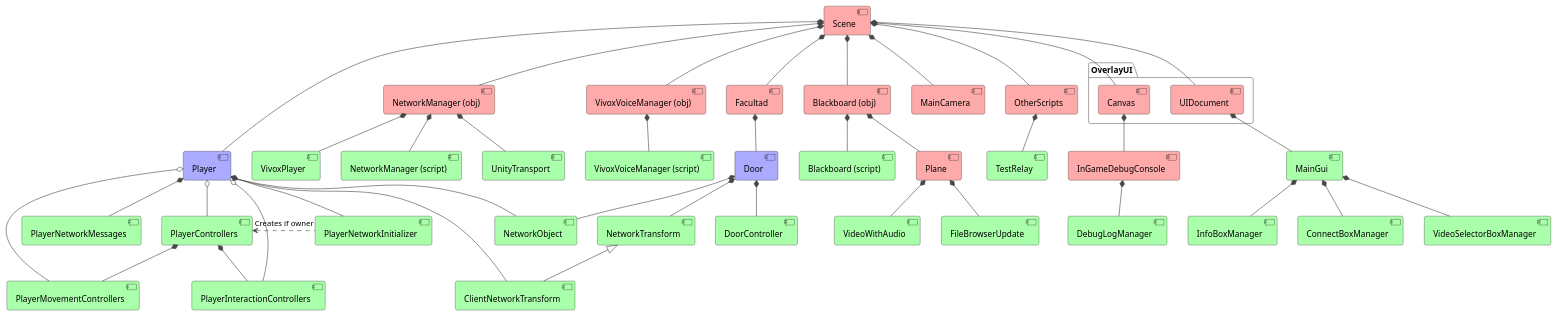
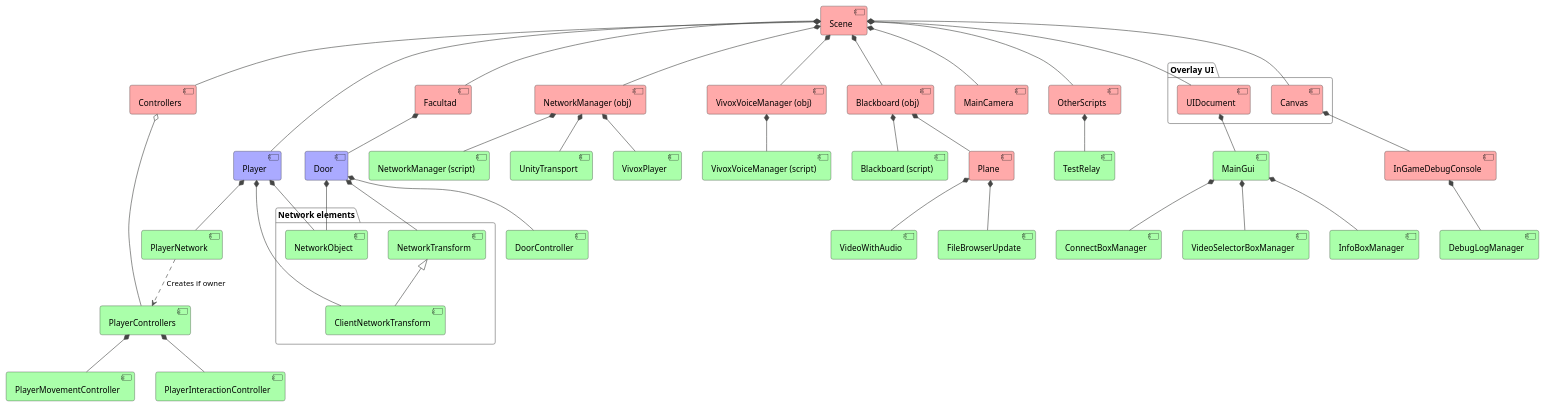
The diagram in TFG-new-project/Documentation/PlantUmlDiagrams/componentDiagram.puml (AlexDeAguiar/TFG-new-repo), drawn with PlantUML before and after one commit. The commit also changed 39 other files, not shown here.

Commit message:
PlayerNetwork(Interaction and messages) refactor and re-generate the clone project

```diff
--- a/TFG-new-project/Documentation/PlantUmlDiagrams/componentDiagram.puml
+++ b/TFG-new-project/Documentation/PlantUmlDiagrams/componentDiagram.puml
@@ -1,111 +1,114 @@
 @startuml
 !theme vibrant
 
 component Scene #FFAAAA
 component Player #AAAAFF
 component NetworkManagerObject as "NetworkManager (obj)" #FFAAAA
 component VivoxVoiceManagerObject as "VivoxVoiceManager (obj)" #FFAAAA
-package OverlayUI {
+
+package "Overlay UI" {
   component UIDocument #FFAAAA
   component Canvas #FFAAAA
 }
+component Controllers #FFAAAA
+
 component BlackboardObject as "Blackboard (obj)" #FFAAAA
 component BlackboardScript as "Blackboard (script)" #AAFFAA
 component Plane #FFAAAA
 component VideoWithAudio #AAFFAA
 component FileBrowserUpdate #AAFFAA
 
 
 
 component Facultad #FFAAAA
 component MainCamera #FFAAAA
 component OtherScripts #FFAAAA
 
-component NetworkObject #AAFFAA
-component NetworkTransform #AAFFAA
-component ClientNetworkTransform #AAFFAA
-component PlayerNetworkInitializer #AAFFAA
-component PlayerNetworkMessages #AAFFAA
+package "Network elements" {
+  component NetworkObject #AAFFAA
+  component NetworkTransform #AAFFAA
+  component ClientNetworkTransform #AAFFAA
+}
+
+component PlayerNetwork #AAFFAA
 
 component PlayerControllers #AAFFAA
-component PlayerMovementControllers #AAFFAA
-component PlayerInteractionControllers #AAFFAA
+component PlayerMovementController #AAFFAA
+component PlayerInteractionController #AAFFAA
 component DoorController #AAFFAA
 
 component TestRelay #AAFFAA
 component Door #AAAAFF
 
 component MainGui #AAFFAA
 component VideoSelectorBoxManager #AAFFAA
 component InfoBoxManager #AAFFAA
 component ConnectBoxManager #AAFFAA
 
 component InGameDebugConsole #FFAAAA
 component DebugLogManager #AAFFAA
 
 component NetworkManagerScript as "NetworkManager (script)" #AAFFAA
 component UnityTransport #AAFFAA
 component VivoxPlayer #AAFFAA
 
 component VivoxVoiceManagerScript as "VivoxVoiceManager (script)" #AAFFAA
 
 
 'First line ordering
 'NetworkManagerObject -[hidden]r-> NetworkManagerObject
 'NetworkManager -[hidden]r-> VivoxVoiceManager
 'VivoxVoiceManager -[hidden]r-> Canvas
 'Canvas -[hidden]r-> UIDocument
 'UIDocument -[hidden]r-> Player
 
 
 
 NetworkTransform <|-- ClientNetworkTransform
 
 Scene *-- Player
 Scene *-- NetworkManagerObject
 Scene *-- VivoxVoiceManagerObject
 Scene *-- UIDocument
 Scene *-- Canvas
 Scene *-- Facultad
 Scene *-- MainCamera
 Scene *-- OtherScripts
+Scene *-- Controllers
 
 Scene *-- BlackboardObject
 BlackboardObject *-- BlackboardScript
 BlackboardObject *-- Plane
 Plane *-- VideoWithAudio
 Plane *-- FileBrowserUpdate
 
 Player *-- NetworkObject
 Player *-- ClientNetworkTransform
-Player *-- PlayerNetworkMessages
-Player *-- PlayerNetworkInitializer
-Player o-- PlayerControllers
-Player o-- PlayerMovementControllers
-Player o-- PlayerInteractionControllers
-PlayerNetworkInitializer .l.> PlayerControllers : Creates if owner
-PlayerControllers *-- PlayerMovementControllers
-PlayerControllers *-- PlayerInteractionControllers
+Player *-- PlayerNetwork
+PlayerNetwork ..> PlayerControllers : Creates if owner
 
 OtherScripts *-- TestRelay
 
 Facultad *-- Door
 Door *-- DoorController
 Door *-- NetworkObject
 Door *-- NetworkTransform
 
 UIDocument *-- MainGui
 MainGui *-- VideoSelectorBoxManager
 MainGui *-- InfoBoxManager
 MainGui *-- ConnectBoxManager
 
 Canvas *-- InGameDebugConsole
 InGameDebugConsole *-- DebugLogManager
 
 NetworkManagerObject *-- NetworkManagerScript
 NetworkManagerObject *-- VivoxPlayer
 NetworkManagerObject *-- UnityTransport
 VivoxVoiceManagerObject *-- VivoxVoiceManagerScript
 
+Controllers o-- PlayerControllers
+PlayerControllers *-- PlayerMovementController
+PlayerControllers *-- PlayerInteractionController
 
 @enduml
```
